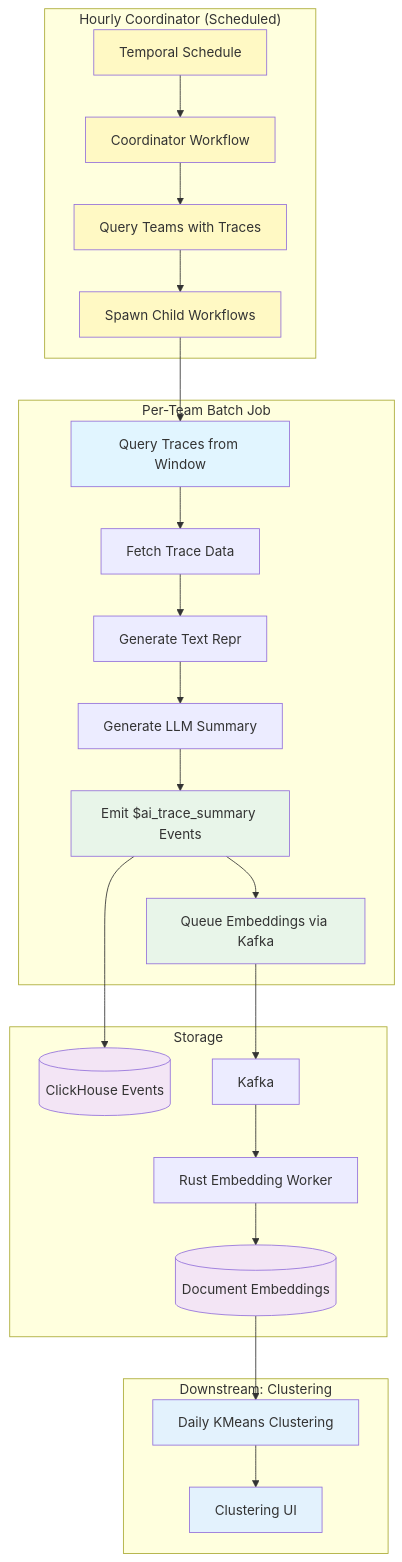
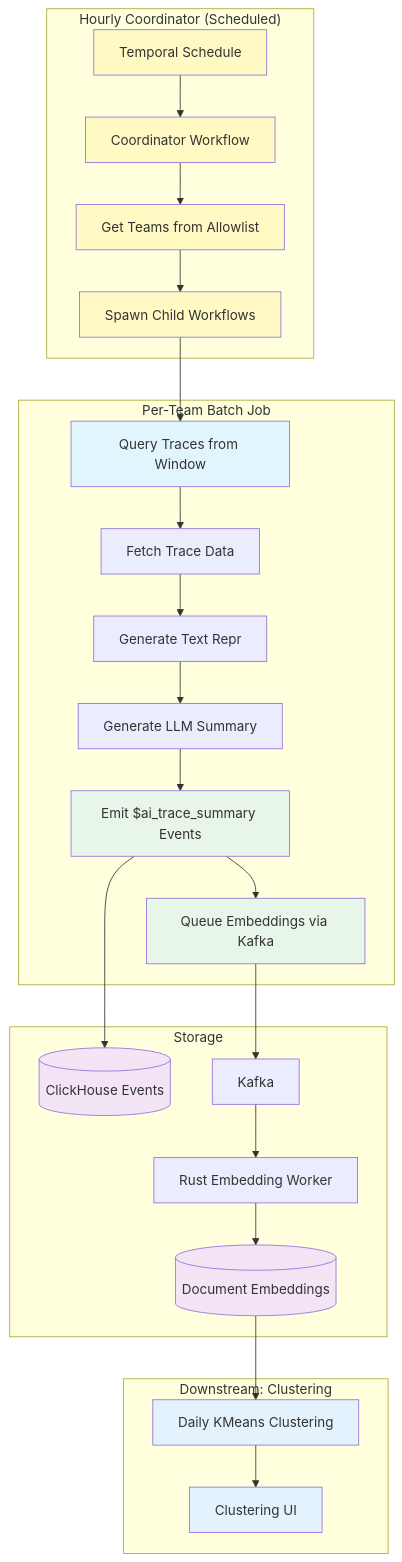
Before and after one commit to hanzoai/insights: the diagram in posthog/temporal/llm_analytics/trace_summarization/README.md, drawn with Mermaid. The commit also changed other lines of this file and 10 other files, not shown here.

````diff
--- a/posthog/temporal/llm_analytics/trace_summarization/README.md
+++ b/posthog/temporal/llm_analytics/trace_summarization/README.md
@@ -47,41 +47,41 @@
 ```mermaid
 graph TB
     subgraph "Hourly Coordinator (Scheduled)"
         SCHED[Temporal Schedule] --> COORD[Coordinator Workflow]
-        COORD --> QUERY[Query Teams with Traces]
-        QUERY --> SPAWN[Spawn Child Workflows]
+        COORD --> ALLOW[Get Teams from Allowlist]
+        ALLOW --> SPAWN[Spawn Child Workflows]
     end
 
     subgraph "Per-Team Batch Job"
         SPAWN --> A[Query Traces from Window]
         A --> B[Fetch Trace Data]
         B --> C[Generate Text Repr]
         C --> D[Generate LLM Summary]
         D --> E[Emit $ai_trace_summary Events]
         E --> F[Queue Embeddings via Kafka]
     end
 
     subgraph "Storage"
         E --> G[(ClickHouse Events)]
         F --> K[Kafka]
         K --> L[Rust Embedding Worker]
         L --> H[(Document Embeddings)]
     end
 
     subgraph "Downstream: Clustering"
         H --> I[Daily KMeans Clustering]
         I --> J[Clustering UI]
     end
 
     style SCHED fill:#fff9c4
     style COORD fill:#fff9c4
-    style QUERY fill:#fff9c4
+    style ALLOW fill:#fff9c4
     style SPAWN fill:#fff9c4
     style A fill:#e1f5ff
     style E fill:#e8f5e9
     style F fill:#e8f5e9
     style G fill:#f3e5f5
     style H fill:#f3e5f5
     style I fill:#e3f2fd
     style J fill:#e3f2fd
 ```
````
